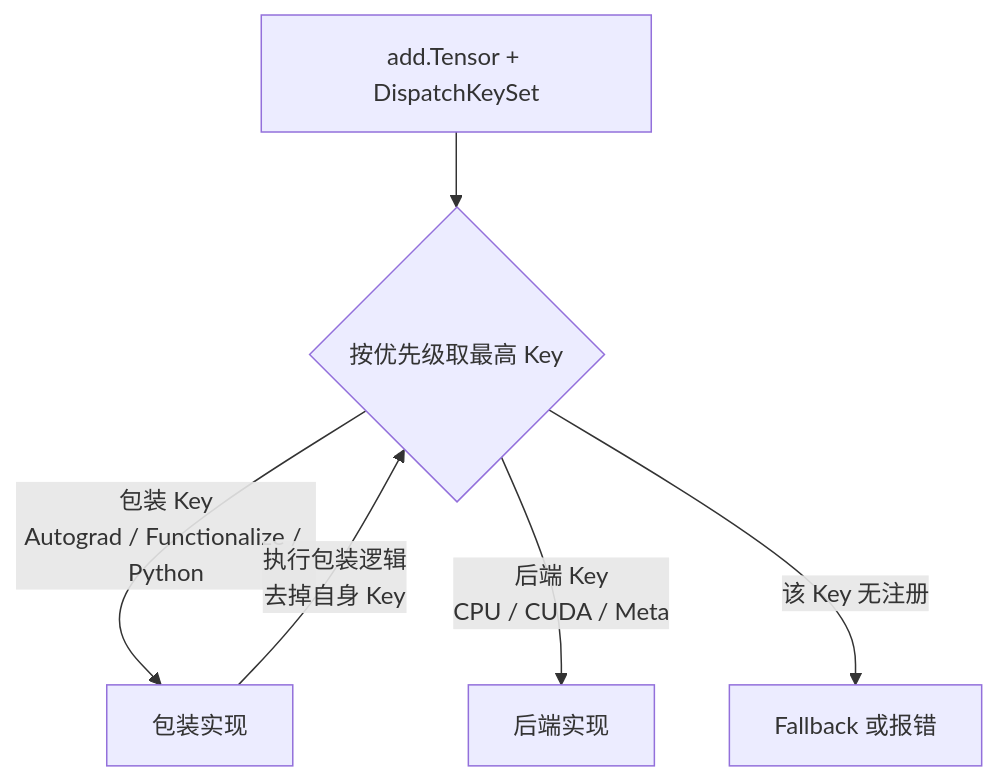
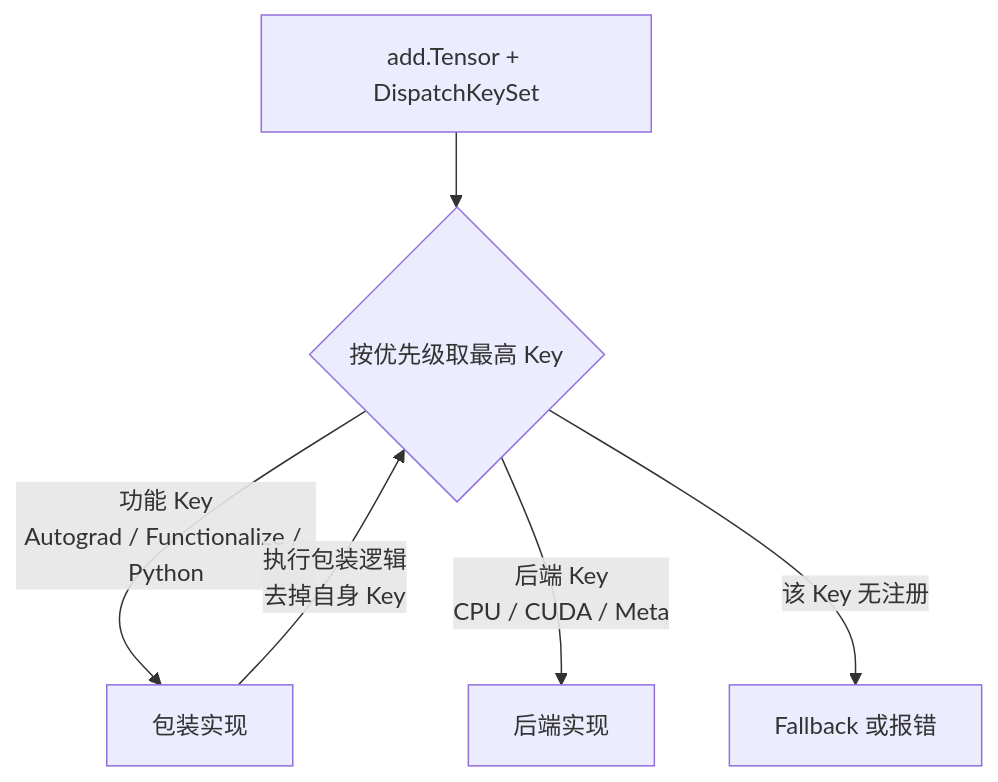
Before and after one commit to arganzheng/arganzheng.github.com: the fifth of 6 diagrams in _posts/2026-02-21-pytorch-dispatcher-and-operator-system.md, drawn with Mermaid. The commit also changed other lines of this file and 4 other files, not shown here.

````diff
--- a/_posts/2026-02-21-pytorch-dispatcher-and-operator-system.md
+++ b/_posts/2026-02-21-pytorch-dispatcher-and-operator-system.md
@@ -598,9 +751,9 @@
 ```mermaid
-%% 图：按优先级取 Key 查表：包装 Key 执行后去掉自身再回到查表，后端 Key 直接执行
+%% 图：按优先级取 Key 查表：功能 Key 执行后去掉自身再回到查表，后端 Key 直接执行
 flowchart TB
     A[add.Tensor + DispatchKeySet] --> B{按优先级取最高 Key}
-    B -->|包装 Key<br/>Autograd / Functionalize / Python| W[包装实现]
+    B -->|功能 Key<br/>Autograd / Functionalize / Python| W[包装实现]
     W -->|执行包装逻辑<br/>去掉自身 Key| B
     B -->|后端 Key<br/>CPU / CUDA / Meta| K[后端实现]
     B -->|该 Key 无注册| F[Fallback 或报错]
 ```
````
